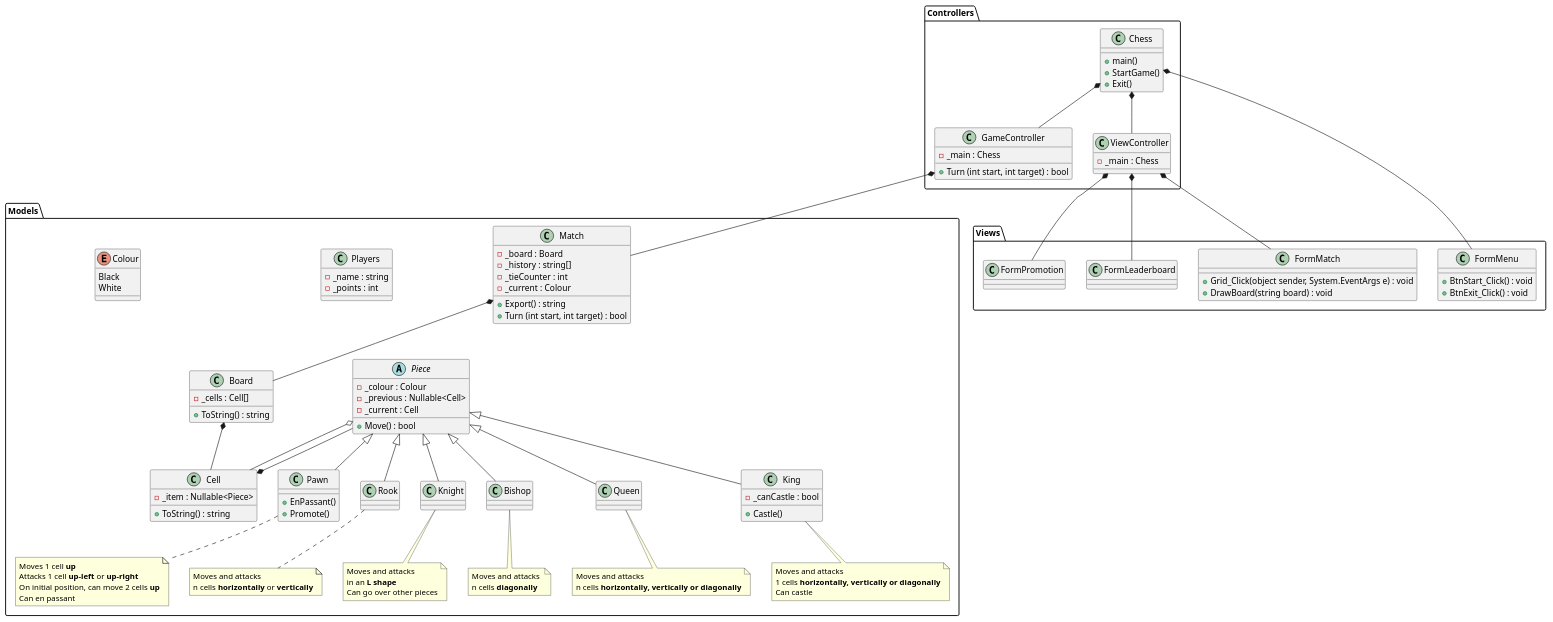
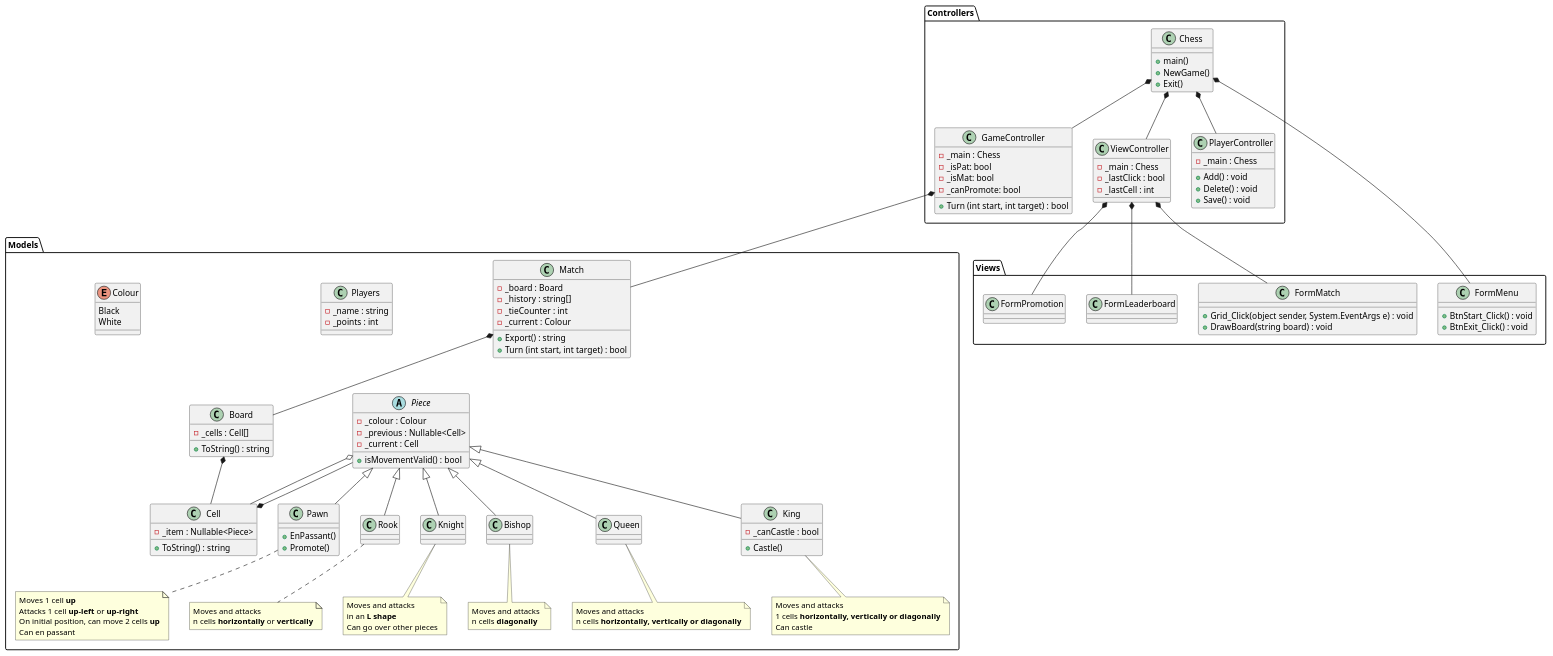
The diagram in Diagrams/Class.puml (darkhappy/chess), drawn with PlantUML before and after one commit. The commit also changed 1 other file, not shown here.

```diff
--- a/Diagrams/Class.puml
+++ b/Diagrams/Class.puml
@@ -1,139 +1,154 @@
 @startuml Class
 
 'https://plantuml.com/class-diagram
 namespace Models {
     abstract class Piece {
         - _colour : Colour
         - _previous : Nullable<Cell>
         - _current : Cell
-        + Move() : bool
+        + isMovementValid() : bool
     }
 
     class Pawn extends Piece {
         + EnPassant()
         + Promote()
     }
     note bottom of Pawn
         Moves 1 cell <b>up</b>
         Attacks 1 cell <b>up-left</b> or <b>up-right</b>
         On initial position, can move 2 cells <b>up</b>
         Can en passant
     end note
 
     class Rook  extends Piece {
 
     }
     note bottom of Rook
         Moves and attacks 
         n cells <b>horizontally</b> or <b>vertically</b>
     end note
 
     class Knight extends Piece {
 
     }
     note bottom of Knight
         Moves and attacks 
         in an <b>L shape</b>
         Can go over other pieces
     end note
 
     class Bishop extends Piece {
 
     }
     note bottom of Bishop
         Moves and attacks 
         n cells <b>diagonally</b>
     end note
 
     class Queen extends Piece {
 
     }
     note bottom of Queen
         Moves and attacks 
         n cells <b>horizontally, vertically or diagonally</b>
     end note
 
     class King extends Piece {
         - _canCastle : bool
         + Castle()
     }
     note bottom of King
         Moves and attacks 
         1 cells <b>horizontally, vertically or diagonally</b>
         Can castle
     end note
 
     class Match {
         - _board : Board
         - _history : string[]
         - _tieCounter : int
         - _current : Colour
         + Export() : string
         + Turn (int start, int target) : bool
     }
     class Board {
         - _cells : Cell[]
         + ToString() : string
     }
     class Cell {
         - _item : Nullable<Piece>
         + ToString() : string
 
     }
     class Players {
         - _name : string
         - _points : int
     }
     enum Colour {
         Black
         White
     }
 
     Match *-- Board
     Board *-- Cell
     Cell *-- Piece
     Piece o-- Cell
 }
 
 namespace Controllers {
     class Chess {
         + main() 
-        + StartGame()
+        + NewGame()
         + Exit()
     }
+
     class GameController  {
         - _main : Chess
+        - _isPat: bool
+        - _isMat: bool
+        - _canPromote: bool
         + Turn (int start, int target) : bool
     }
+
     class ViewController  {
         - _main : Chess
+        - _lastClick : bool
+        - _lastCell : int
+    }
+
+    class PlayerController  {
+        - _main : Chess
+        + Add() : void
+        + Delete() : void
+        + Save() : void
     }
 
     Chess *-- GameController
     Chess *-- ViewController
+    Chess *-- PlayerController
 }
 
 namespace Views {
     class FormMenu {
         + BtnStart_Click() : void
         + BtnExit_Click() : void
     }
     class FormMatch {
         + Grid_Click(object sender, System.EventArgs e) : void
         + DrawBoard(string board) : void
     }
     class FormLeaderboard {
                    
     }
     class FormPromotion {
         
     }
 }
 
 Controllers.GameController *-- Models.Match
 Controllers.Chess *-- Views.FormMenu
                       Controllers.ViewController *-- Views.FormMatch
                       Controllers.ViewController *-- Views.FormLeaderboard
 Controllers.ViewController *-- Views.FormPromotion
 
 @enduml
```
